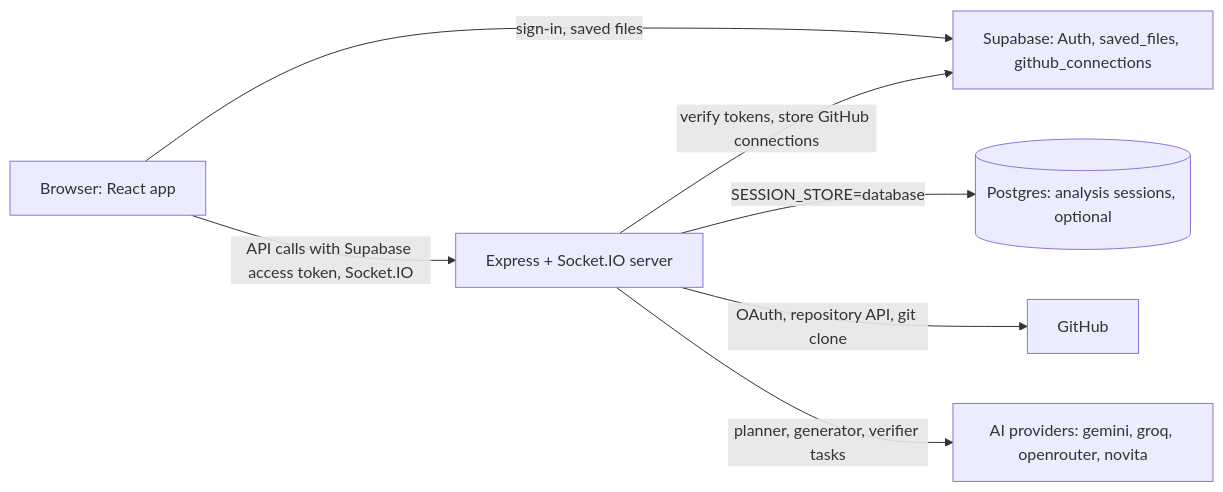
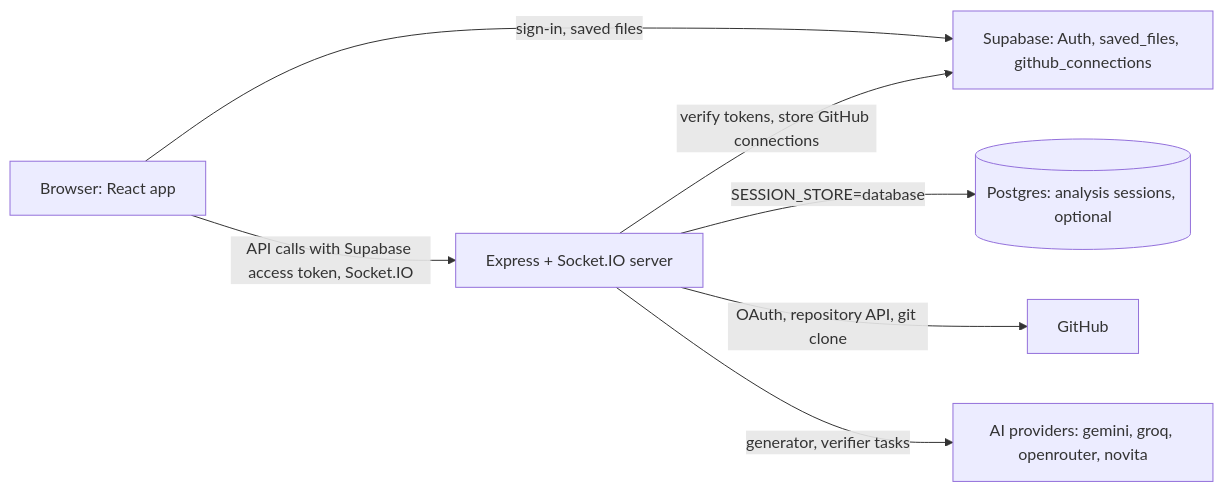
Before and after one commit to bipul724/InfraMind: the diagram in README.md, drawn with Mermaid. The commit also changed other lines of this file and 36 other files, not shown here.

````diff
--- a/README.md
+++ b/README.md
@@ -7,16 +7,16 @@
 ```mermaid
 flowchart LR
     Browser["Browser: React app"]
     Server["Express + Socket.IO server"]
     Supabase["Supabase: Auth, saved_files, github_connections"]
     PG[("Postgres: analysis sessions, optional")]
     GitHub["GitHub"]
     AI["AI providers: gemini, groq, openrouter, novita"]
 
     Browser -->|"sign-in, saved files"| Supabase
     Browser -->|"API calls with Supabase access token, Socket.IO"| Server
     Server -->|"verify tokens, store GitHub connections"| Supabase
     Server -->|"SESSION_STORE=database"| PG
     Server -->|"OAuth, repository API, git clone"| GitHub
-    Server -->|"planner, generator, verifier tasks"| AI
+    Server -->|"generator, verifier tasks"| AI
 ```
````
